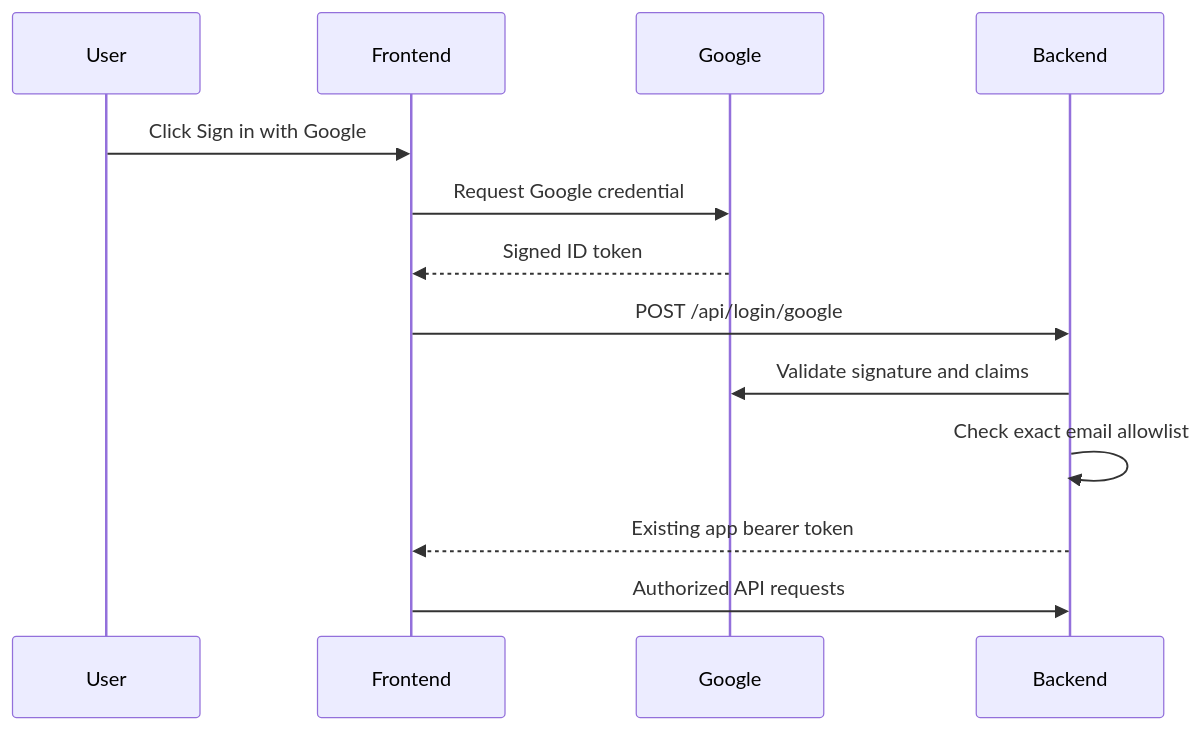
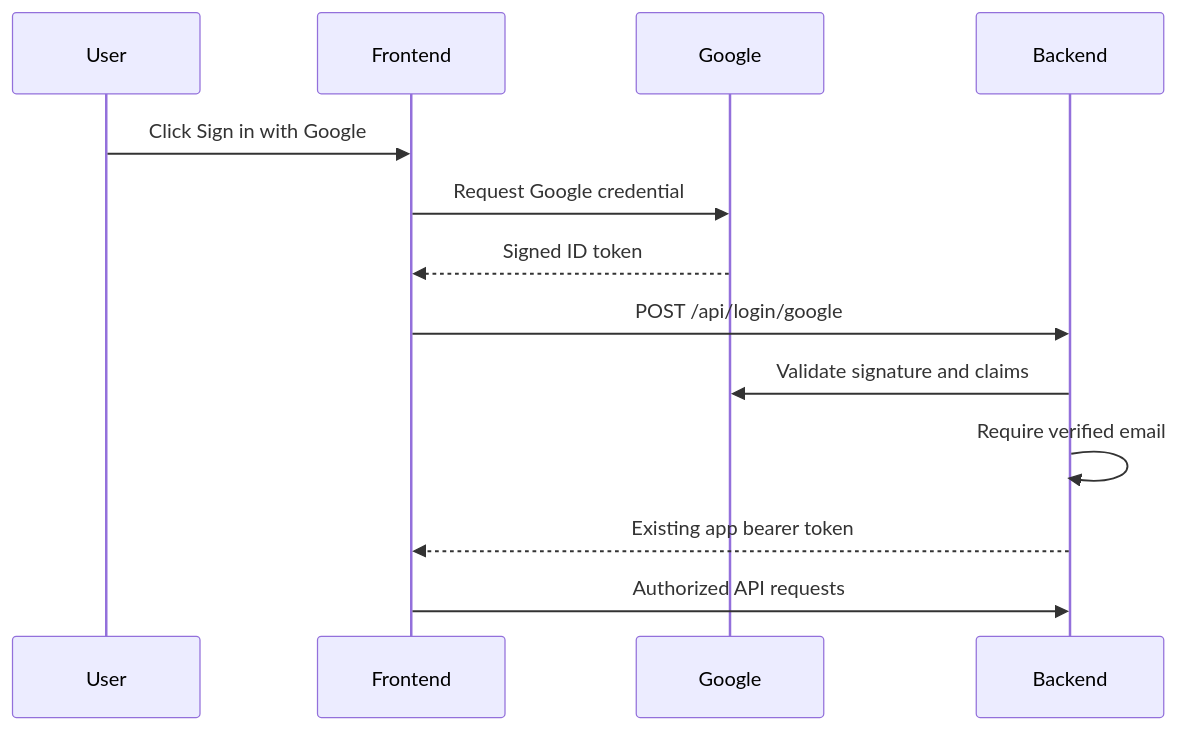
The diagram in GOOGLE_AUTHENTICATION.md (cgxarrie-go/nombresmad), drawn with Mermaid before and after one commit. The commit also changed other lines of this file and 17 other files, not shown here.

````diff
--- a/GOOGLE_AUTHENTICATION.md
+++ b/GOOGLE_AUTHENTICATION.md
@@ -9,15 +9,15 @@
 ```mermaid
 sequenceDiagram
     participant User
     participant Frontend
     participant Google
     participant Backend
     User->>Frontend: Click Sign in with Google
     Frontend->>Google: Request Google credential
     Google-->>Frontend: Signed ID token
     Frontend->>Backend: POST /api/login/google
     Backend->>Google: Validate signature and claims
-    Backend->>Backend: Check exact email allowlist
+    Backend->>Backend: Require verified email
     Backend-->>Frontend: Existing app bearer token
     Frontend->>Backend: Authorized API requests
 ```
````
